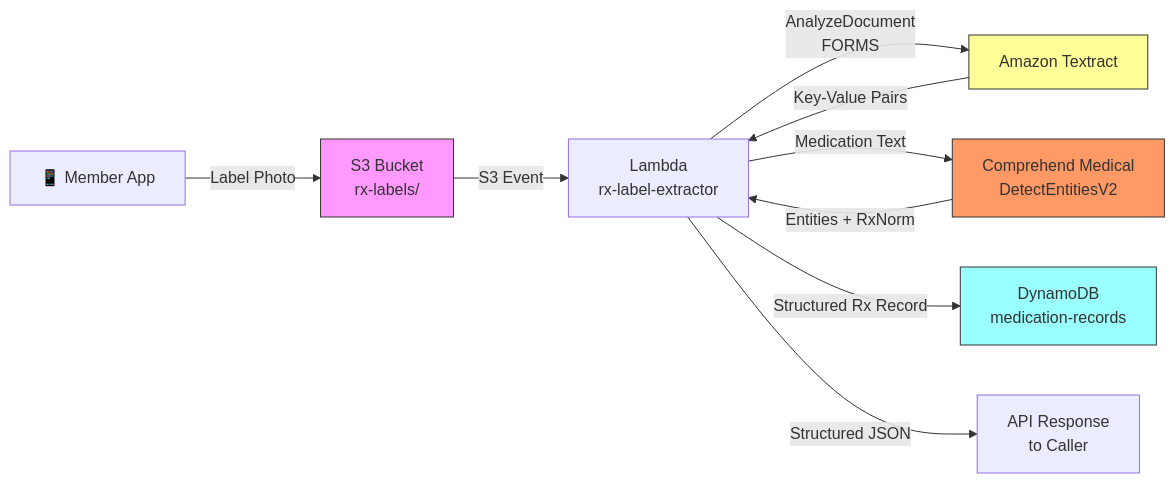
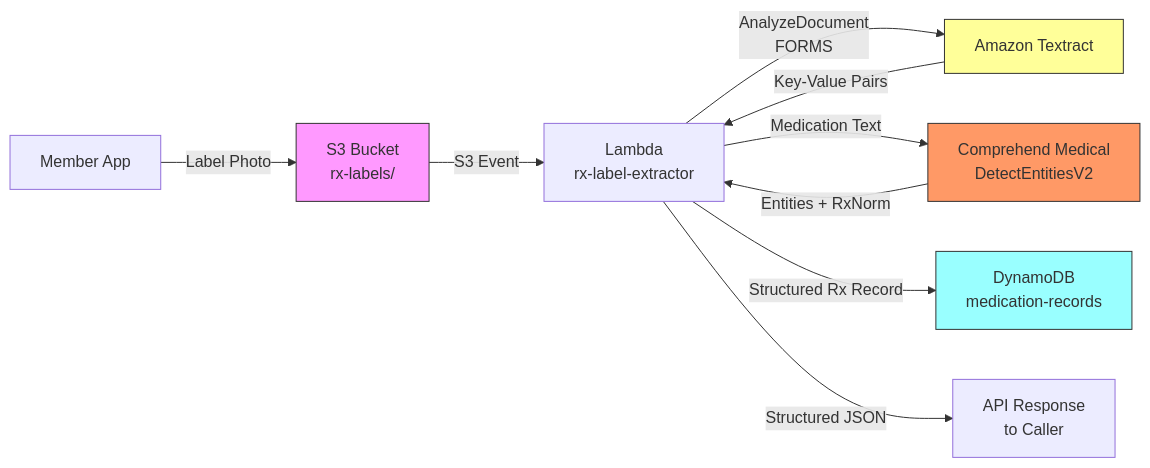
One commit to ccrngd1/HCLS-ai-book changed the diagram in chapter01.07-architecture.md. Above: the diagram before and after it, drawn with Mermaid. The commit also changed other lines of this file and 515 other files, not shown here.

````diff
--- a/chapter01.07-architecture.md
+++ b/chapter01.07-architecture.md
@@ -25,16 +25,16 @@
 ```mermaid
 flowchart LR
-    A[📱 Member App] -->|Label Photo| B[S3 Bucket\nrx-labels/]
-    B -->|S3 Event| C[Lambda\nrx-label-extractor]
-    C -->|AnalyzeDocument\nFORMS| D[Amazon Textract]
-    D -->|Key-Value Pairs| C
-    C -->|Medication Text| E[Comprehend Medical\nDetectEntitiesV2]
-    E -->|Entities + RxNorm| C
-    C -->|Structured Rx Record| F[DynamoDB\nmedication-records]
-    C -->|Structured JSON| G[API Response\nto Caller]
+ A[Member App] -->|Label Photo| B[S3 Bucket\nrx-labels/]
+ B -->|S3 Event| C[Lambda\nrx-label-extractor]
+ C -->|AnalyzeDocument\nFORMS| D[Amazon Textract]
+ D -->|Key-Value Pairs| C
+ C -->|Medication Text| E[Comprehend Medical\nDetectEntitiesV2]
+ E -->|Entities + RxNorm| C
+ C -->|Structured Rx Record| F[DynamoDB\nmedication-records]
+ C -->|Structured JSON| G[API Response\nto Caller]
 
-    style B fill:#f9f,stroke:#333
-    style D fill:#ff9,stroke:#333
-    style E fill:#f96,stroke:#333
-    style F fill:#9ff,stroke:#333
+ style B fill:#f9f,stroke:#333
+ style D fill:#ff9,stroke:#333
+ style E fill:#f96,stroke:#333
+ style F fill:#9ff,stroke:#333
 ```
````
